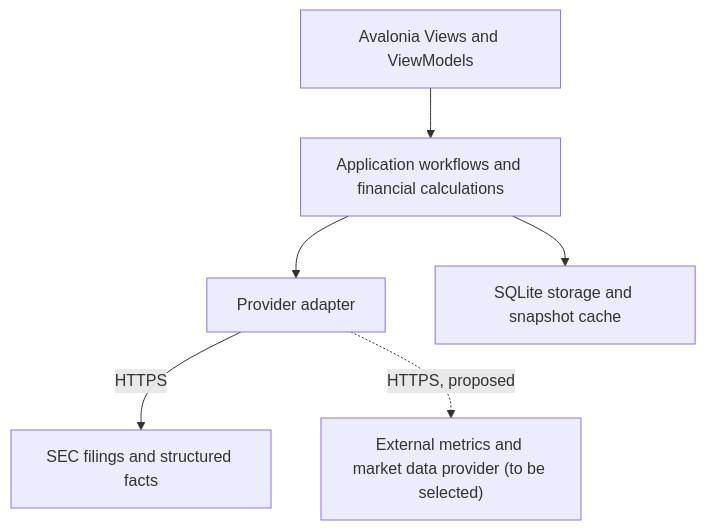
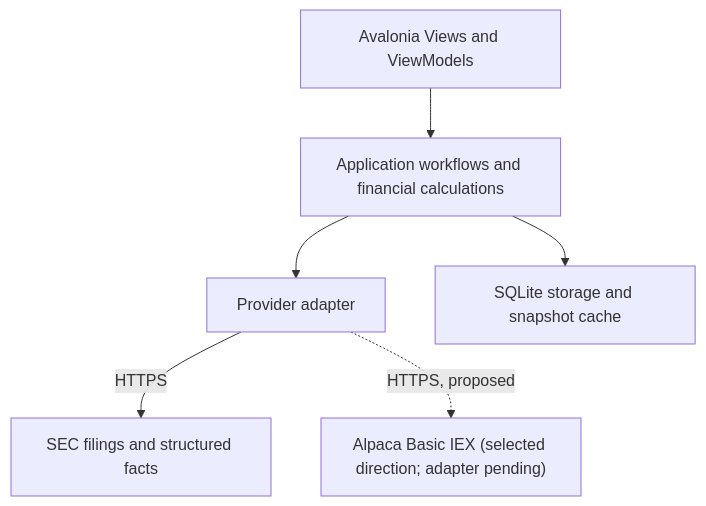
The first of 3 diagrams in docs/product/AlphaQuant_Proposal.md (minwaiphyo/AlphaQuant), drawn with Mermaid before and after one commit. The commit also changed other lines of this file and 7 other files, not shown here.

````diff
--- a/docs/product/AlphaQuant_Proposal.md
+++ b/docs/product/AlphaQuant_Proposal.md
@@ -158,8 +160,8 @@
 ```mermaid
 flowchart TD
     UI["Avalonia Views and ViewModels"] --> CORE["Application workflows and financial calculations"]
     CORE --> PROVIDER["Provider adapter"]
     CORE --> STORE["SQLite storage and snapshot cache"]
     PROVIDER -->|HTTPS| SEC["SEC filings and structured facts"]
-    PROVIDER -.->|"HTTPS, proposed"| EXT["External metrics and market data provider (to be selected)"]
+    PROVIDER -.->|"HTTPS, proposed"| EXT["Alpaca Basic IEX (selected direction; adapter pending)"]
 ```
````
